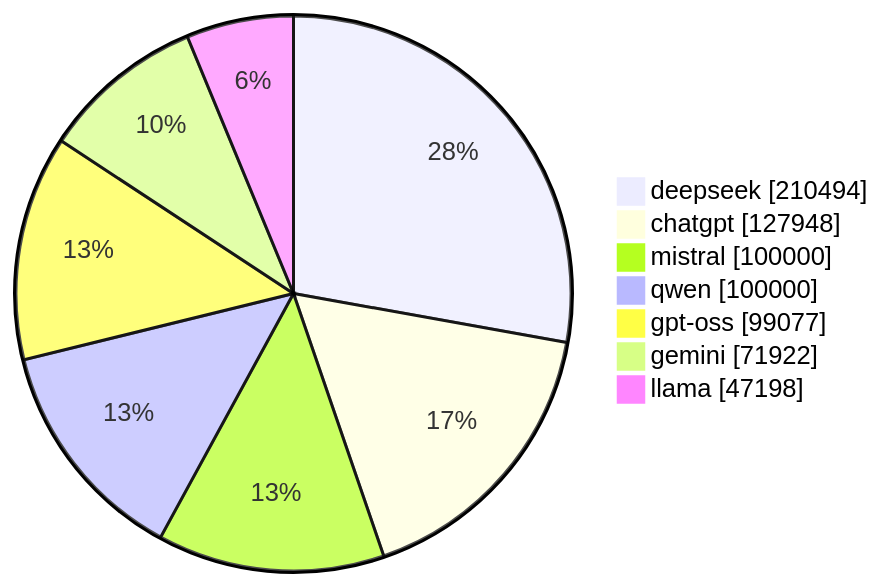
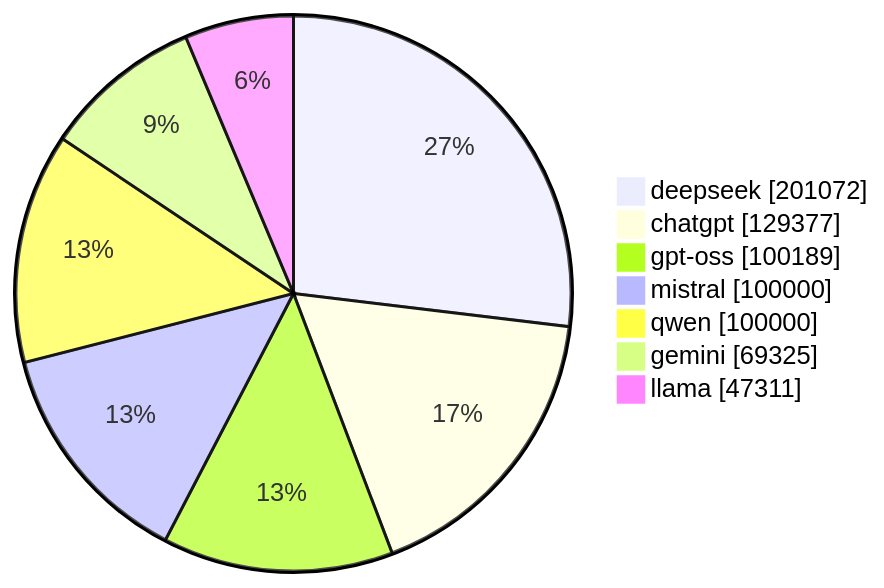
The diagram in README.md (gqgs/llm100kbench), drawn with Mermaid before and after one commit. The commit also changed other lines of this file and 17 other files, not shown here.

````diff
--- a/README.md
+++ b/README.md
@@ -50,10 +50,10 @@
 ```mermaid
 pie showData
-    "deepseek" : 210494
-    "chatgpt" : 127948
+    "deepseek" : 201072
+    "chatgpt" : 129377
+    "gpt-oss" : 100189
     "mistral" : 100000
     "qwen" : 100000
-    "gpt-oss" : 99077
-    "gemini" : 71922
-    "llama" : 47198
+    "gemini" : 69325
+    "llama" : 47311
 ```
````
